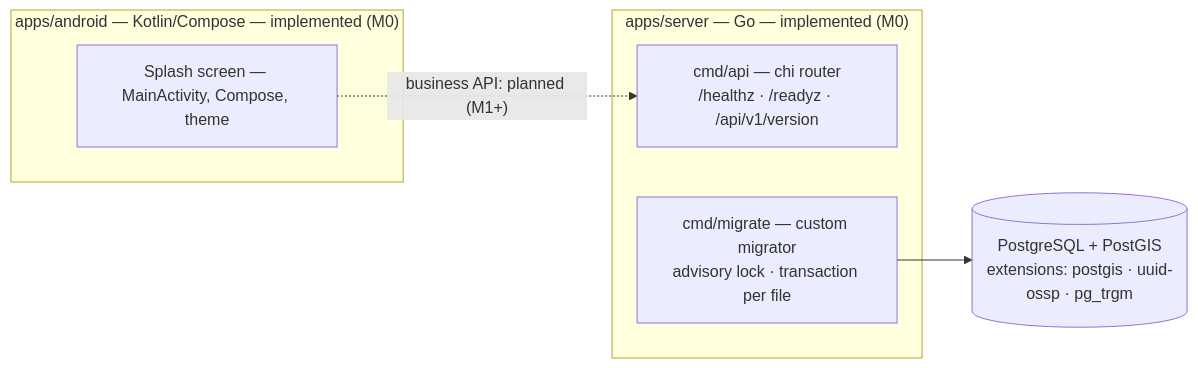
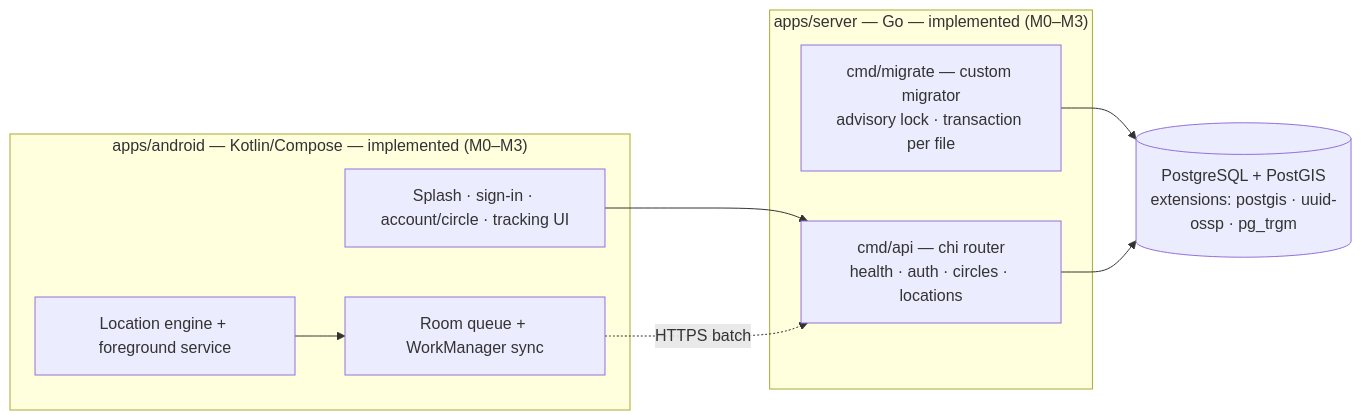
The first of 5 diagrams in docs/architecture/overview.md (QuocDuong16/anve), drawn with Mermaid before and after one commit. The commit also changed other lines of this file and 11 other files, not shown here.

First line of the commit message:
docs: record the M3 location engine design and verification status

````diff
--- a/docs/architecture/overview.md
+++ b/docs/architecture/overview.md
@@ -17,13 +17,18 @@
 ```mermaid
 flowchart LR
-    subgraph androidI["apps/android — Kotlin/Compose — implemented (M0)"]
-        UI["Splash screen — MainActivity, Compose, theme"]
+    subgraph androidI["apps/android — Kotlin/Compose — implemented (M0–M3)"]
+        UI["Splash · sign-in · account/circle · tracking UI"]
+        LE["Location engine + foreground service"]
+        SQ["Room queue + WorkManager sync"]
     end
-    subgraph serverI["apps/server — Go — implemented (M0)"]
-        API["cmd/api — chi router<br/>/healthz · /readyz · /api/v1/version"]
+    subgraph serverI["apps/server — Go — implemented (M0–M3)"]
+        API["cmd/api — chi router<br/>health · auth · circles · locations"]
         MIG["cmd/migrate — custom migrator<br/>advisory lock · transaction per file"]
     end
     DB[("PostgreSQL + PostGIS<br/>extensions: postgis · uuid-ossp · pg_trgm")]
-    UI -. "business API: planned (M1+)" .-> API
+    UI --> API
+    LE --> SQ
+    SQ -. "HTTPS batch" .-> API
     MIG --> DB
+    API --> DB
 ```
````
